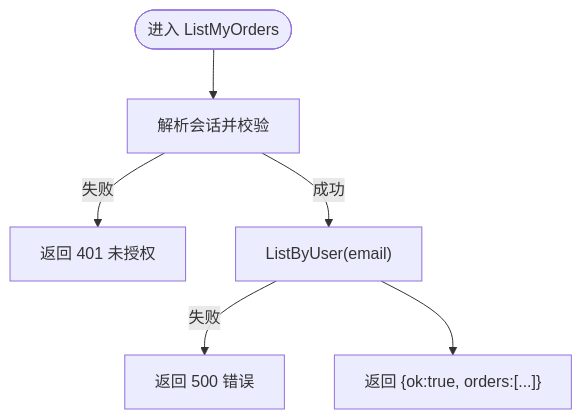
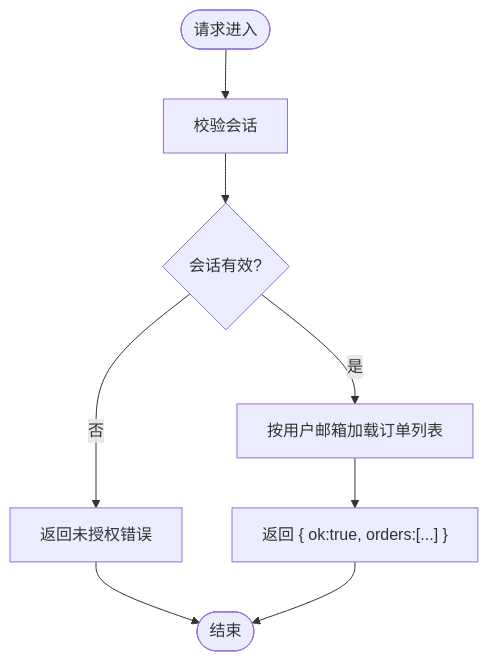
The fourth of 6 diagrams in .qoder/repowiki/zh/content/API接口文档/云端REST API/支付订阅API/订单管理接口.md (alvinwangzi/goodhr), drawn with Mermaid before and after one commit. The commit also changed other lines of this file and 149 other files, not shown here.

````diff
--- a/.qoder/repowiki/zh/content/API接口文档/云端REST API/支付订阅API/订单管理接口.md
+++ b/.qoder/repowiki/zh/content/API接口文档/云端REST API/支付订阅API/订单管理接口.md
@@ -135,8 +168,10 @@
 ```mermaid
 flowchart TD
-Start(["进入 ListMyOrders"]) --> Auth["解析会话并校验"]
-Auth --> |失败| Err401["返回 401 未授权"]
-Auth --> |成功| Load["ListByUser(email)"]
-Load --> |失败| Err500["返回 500 错误"]
-Load --> Resp["返回 {ok:true, orders:[...]}"]
+Start(["请求进入"]) --> Auth["校验会话"]
+Auth --> Valid{"会话有效?"}
+Valid --> |否| ErrAuth["返回未授权错误"]
+Valid --> |是| Load["按用户邮箱加载订单列表"]
+Load --> Resp["返回 { ok:true, orders:[...] }"]
+ErrAuth --> End(["结束"])
+Resp --> End
 ```
````
